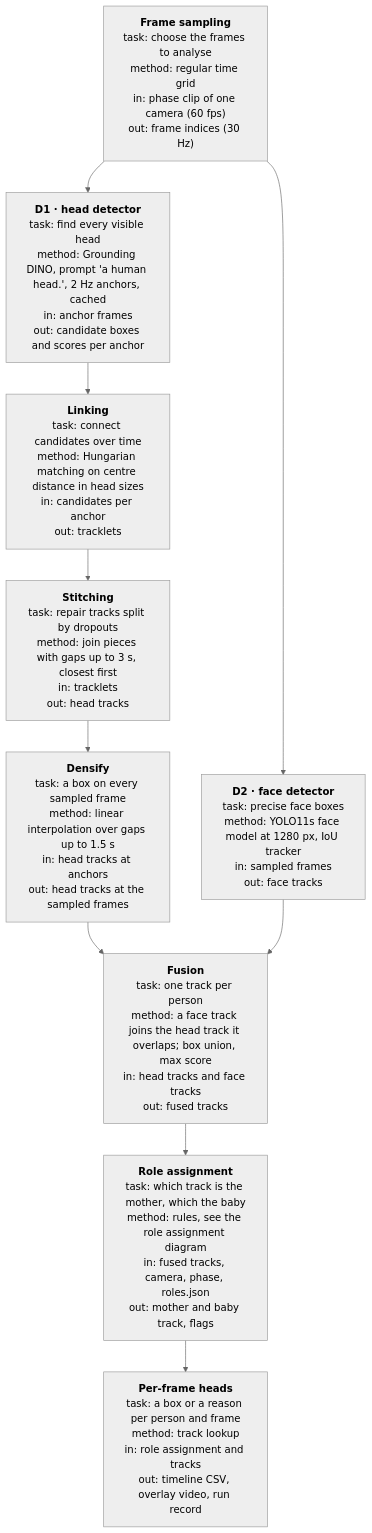
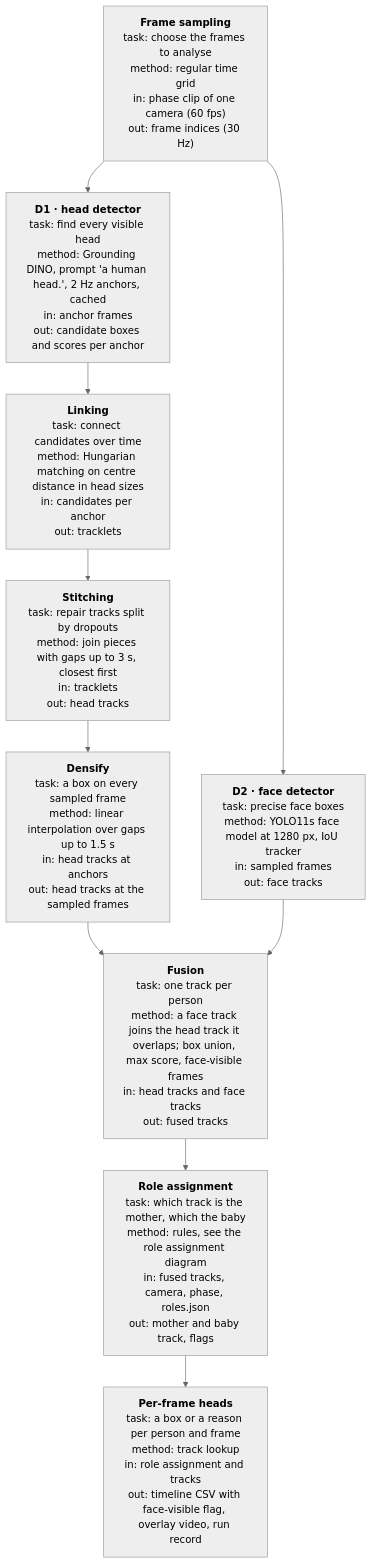
Before and after one commit to fodorad/StillFace: the diagram in docs/mermaid/head_pipeline.mmd, drawn with Mermaid (neutral theme). The commit also changed 23 other files, not shown here.

Commit message:
feat(gaze): face-confirmed close-camera owners and face visibility flag

```diff
--- a/docs/mermaid/head_pipeline.mmd
+++ b/docs/mermaid/head_pipeline.mmd
@@ -1,13 +1,13 @@
 flowchart TD
     A["<b>Frame sampling</b><br/>task: choose the frames to analyse<br/>method: regular time grid<br/>in: phase clip of one camera (60 fps)<br/>out: frame indices (30 Hz)"]
     B["<b>D1 · head detector</b><br/>task: find every visible head<br/>method: Grounding DINO, prompt 'a human head.', 2 Hz anchors, cached<br/>in: anchor frames<br/>out: candidate boxes and scores per anchor"]
     C["<b>Linking</b><br/>task: connect candidates over time<br/>method: Hungarian matching on centre distance in head sizes<br/>in: candidates per anchor<br/>out: tracklets"]
     D["<b>Stitching</b><br/>task: repair tracks split by dropouts<br/>method: join pieces with gaps up to 3 s, closest first<br/>in: tracklets<br/>out: head tracks"]
     E["<b>Densify</b><br/>task: a box on every sampled frame<br/>method: linear interpolation over gaps up to 1.5 s<br/>in: head tracks at anchors<br/>out: head tracks at the sampled frames"]
     F["<b>D2 · face detector</b><br/>task: precise face boxes<br/>method: YOLO11s face model at 1280 px, IoU tracker<br/>in: sampled frames<br/>out: face tracks"]
-    G["<b>Fusion</b><br/>task: one track per person<br/>method: a face track joins the head track it overlaps; box union, max score<br/>in: head tracks and face tracks<br/>out: fused tracks"]
+    G["<b>Fusion</b><br/>task: one track per person<br/>method: a face track joins the head track it overlaps; box union, max score, face-visible frames<br/>in: head tracks and face tracks<br/>out: fused tracks"]
     H["<b>Role assignment</b><br/>task: which track is the mother, which the baby<br/>method: rules, see the role assignment diagram<br/>in: fused tracks, camera, phase, roles.json<br/>out: mother and baby track, flags"]
-    I["<b>Per-frame heads</b><br/>task: a box or a reason per person and frame<br/>method: track lookup<br/>in: role assignment and tracks<br/>out: timeline CSV, overlay video, run record"]
+    I["<b>Per-frame heads</b><br/>task: a box or a reason per person and frame<br/>method: track lookup<br/>in: role assignment and tracks<br/>out: timeline CSV with face-visible flag, overlay video, run record"]
     A --> B --> C --> D --> E --> G
     A --> F --> G
     G --> H --> I
```
